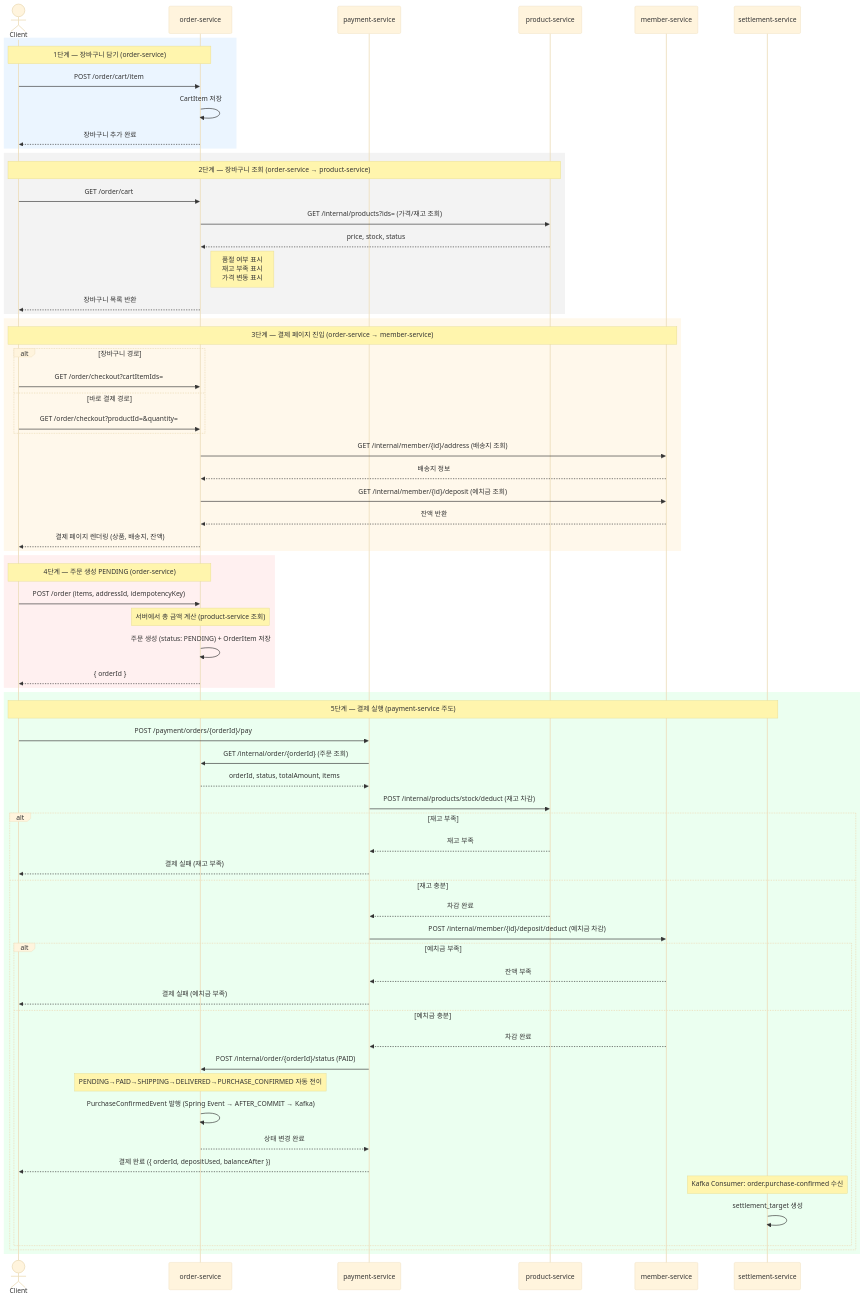
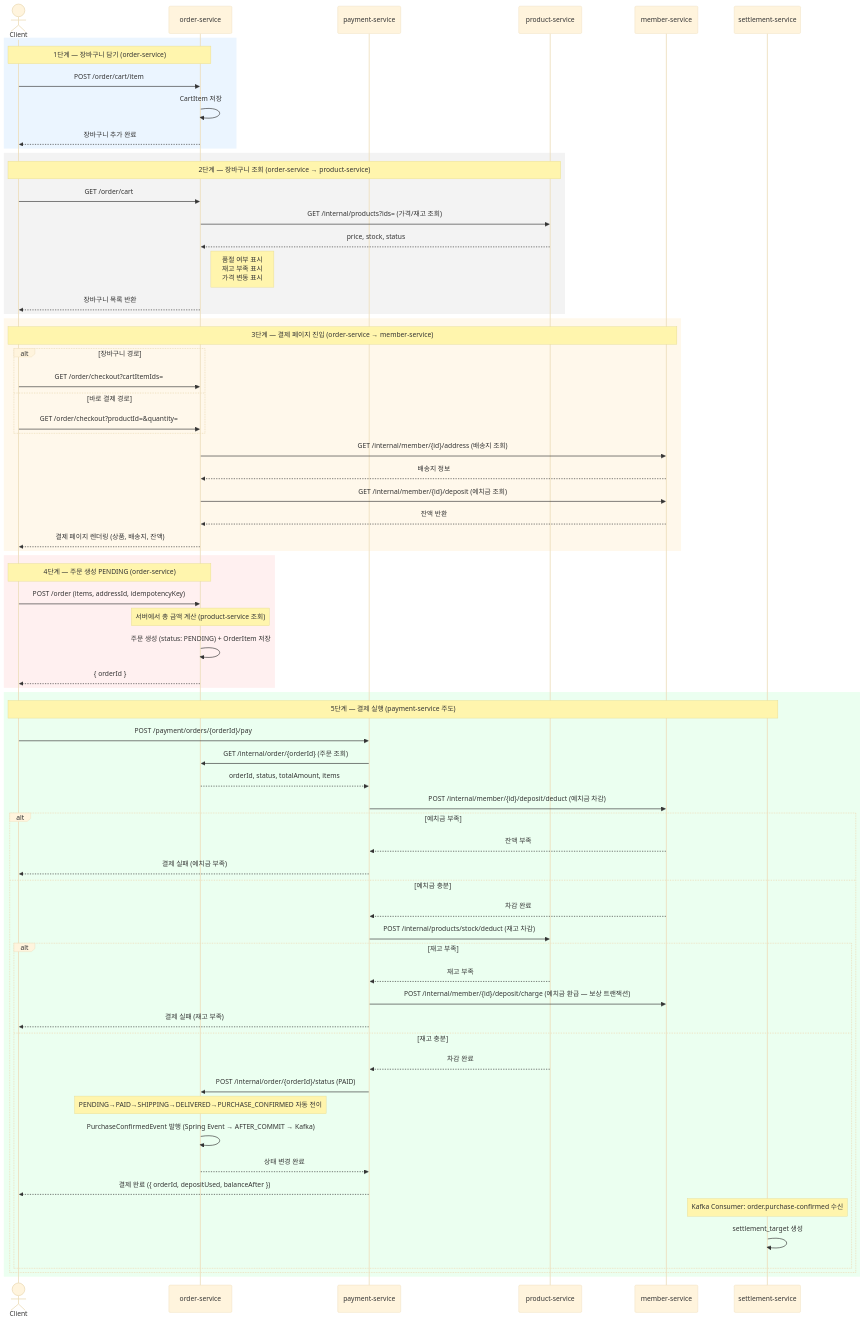
One commit to prgrms-be-adv-devcourse/beadv5_5_404_Not_Found_BE changed the first of 3 diagrams in docs/OrderPaymentFlow.md. Above: the diagram before and after it, drawn with Mermaid (base theme). The commit also changed other lines of this file and 6 other files, not shown here.

````diff
--- a/docs/OrderPaymentFlow.md
+++ b/docs/OrderPaymentFlow.md
@@ -32,75 +32,76 @@
 ```mermaid
 sequenceDiagram
     actor Client
     participant Order as order-service
     participant Payment as payment-service
     participant Product as product-service
     participant Member as member-service
     participant Settlement as settlement-service
 
     rect rgb(235, 245, 255)
         Note over Client,Order: 1단계 — 장바구니 담기 (order-service)
         Client->>Order: POST /order/cart/item
         Order->>Order: CartItem 저장
         Order-->>Client: 장바구니 추가 완료
     end
 
     rect rgb(243, 243, 243)
         Note over Client,Product: 2단계 — 장바구니 조회 (order-service → product-service)
         Client->>Order: GET /order/cart
         Order->>Product: GET /internal/products?ids= (가격/재고 조회)
         Product-->>Order: price, stock, status
         Note right of Order: 품절 여부 표시<br/>재고 부족 표시<br/>가격 변동 표시
         Order-->>Client: 장바구니 목록 반환
     end
 
     rect rgb(255, 248, 235)
         Note over Client,Member: 3단계 — 결제 페이지 진입 (order-service → member-service)
         alt 장바구니 경로
             Client->>Order: GET /order/checkout?cartItemIds=
         else 바로 결제 경로
             Client->>Order: GET /order/checkout?productId=&quantity=
         end
         Order->>Member: GET /internal/member/{id}/address (배송지 조회)
         Member-->>Order: 배송지 정보
         Order->>Member: GET /internal/member/{id}/deposit (예치금 조회)
         Member-->>Order: 잔액 반환
         Order-->>Client: 결제 페이지 렌더링 (상품, 배송지, 잔액)
     end
 
     rect rgb(255, 240, 240)
         Note over Client,Order: 4단계 — 주문 생성 PENDING (order-service)
         Client->>Order: POST /order (items, addressId, idempotencyKey)
         Note over Order: 서버에서 총 금액 계산 (product-service 조회)
         Order->>Order: 주문 생성 (status: PENDING) + OrderItem 저장
         Order-->>Client: { orderId }
     end
 
     rect rgb(235, 255, 240)
         Note over Client,Settlement: 5단계 — 결제 실행 (payment-service 주도)
         Client->>Payment: POST /payment/orders/{orderId}/pay
         Payment->>Order: GET /internal/order/{orderId} (주문 조회)
         Order-->>Payment: orderId, status, totalAmount, items
-        Payment->>Product: POST /internal/products/stock/deduct (재고 차감)
-        alt 재고 부족
-            Product-->>Payment: 재고 부족
-            Payment-->>Client: 결제 실패 (재고 부족)
-        else 재고 충분
-            Product-->>Payment: 차감 완료
-            Payment->>Member: POST /internal/member/{id}/deposit/deduct (예치금 차감)
-            alt 예치금 부족
-                Member-->>Payment: 잔액 부족
-                Payment-->>Client: 결제 실패 (예치금 부족)
-            else 예치금 충분
-                Member-->>Payment: 차감 완료
+        Payment->>Member: POST /internal/member/{id}/deposit/deduct (예치금 차감)
+        alt 예치금 부족
+            Member-->>Payment: 잔액 부족
+            Payment-->>Client: 결제 실패 (예치금 부족)
+        else 예치금 충분
+            Member-->>Payment: 차감 완료
+            Payment->>Product: POST /internal/products/stock/deduct (재고 차감)
+            alt 재고 부족
+                Product-->>Payment: 재고 부족
+                Payment->>Member: POST /internal/member/{id}/deposit/charge (예치금 환급 — 보상 트랜잭션)
+                Payment-->>Client: 결제 실패 (재고 부족)
+            else 재고 충분
+                Product-->>Payment: 차감 완료
                 Payment->>Order: POST /internal/order/{orderId}/status (PAID)
                 Note over Order: PENDING→PAID→SHIPPING→DELIVERED→PURCHASE_CONFIRMED 자동 전이
                 Order->>Order: PurchaseConfirmedEvent 발행 (Spring Event → AFTER_COMMIT → Kafka)
                 Order-->>Payment: 상태 변경 완료
                 Payment-->>Client: 결제 완료 ({ orderId, depositUsed, balanceAfter })
                 Note over Settlement: Kafka Consumer: order.purchase-confirmed 수신
                 Settlement->>Settlement: settlement_target 생성
             end
         end
     end
 ```
````
